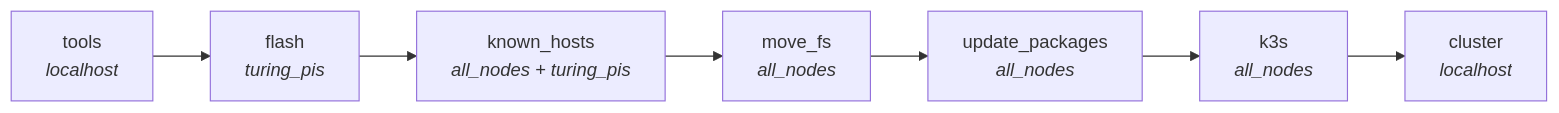
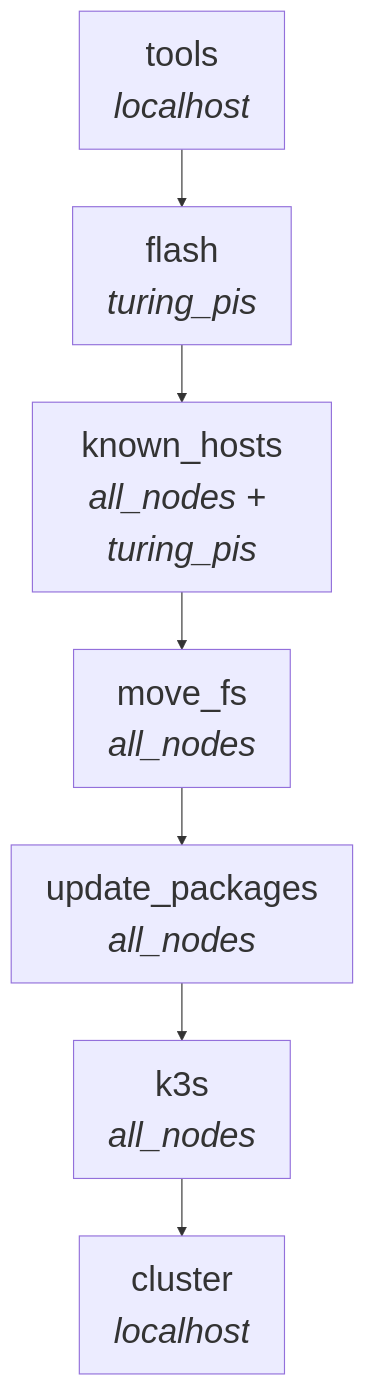
The diagram in docs/explanations/ansible-roles.md (gilesknap/tpi-k3s-ansible), drawn with Mermaid before and after one commit. The commit also changed 10 other files, not shown here.

````diff
--- a/docs/explanations/ansible-roles.md
+++ b/docs/explanations/ansible-roles.md
@@ -8,9 +8,10 @@
 ```mermaid
-flowchart LR
+%%{init: {'themeVariables': {'fontSize': '30px'}, 'flowchart': {'useMaxWidth': false}}}%%
+flowchart TD
     T["tools<br/><i>localhost</i>"] --> F["flash<br/><i>turing_pis</i>"]
     F --> KH["known_hosts<br/><i>all_nodes + turing_pis</i>"]
     KH --> MF["move_fs<br/><i>all_nodes</i>"]
     MF --> UP["update_packages<br/><i>all_nodes</i>"]
     UP --> K["k3s<br/><i>all_nodes</i>"]
     K --> C["cluster<br/><i>localhost</i>"]
 ```
````
